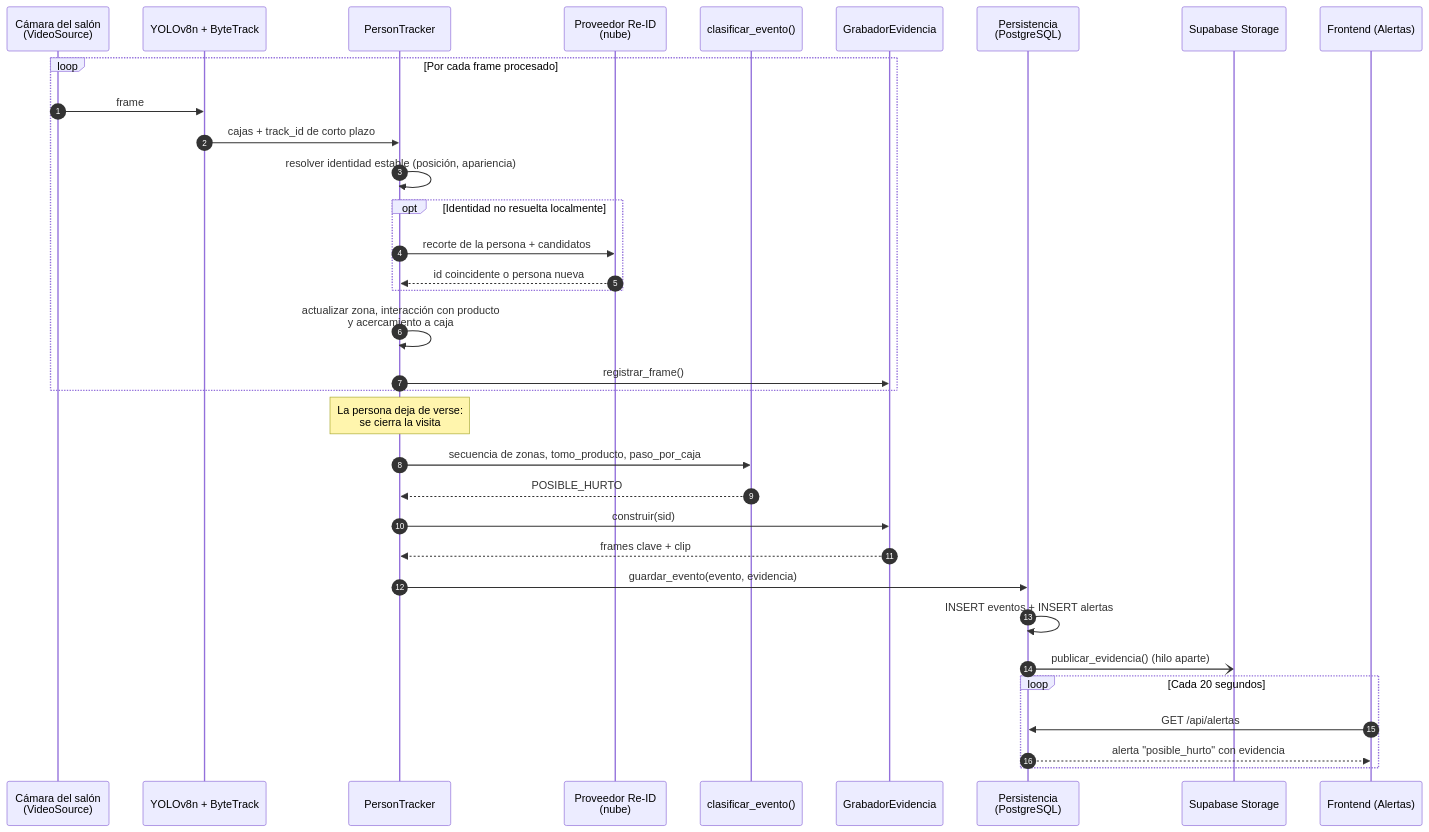
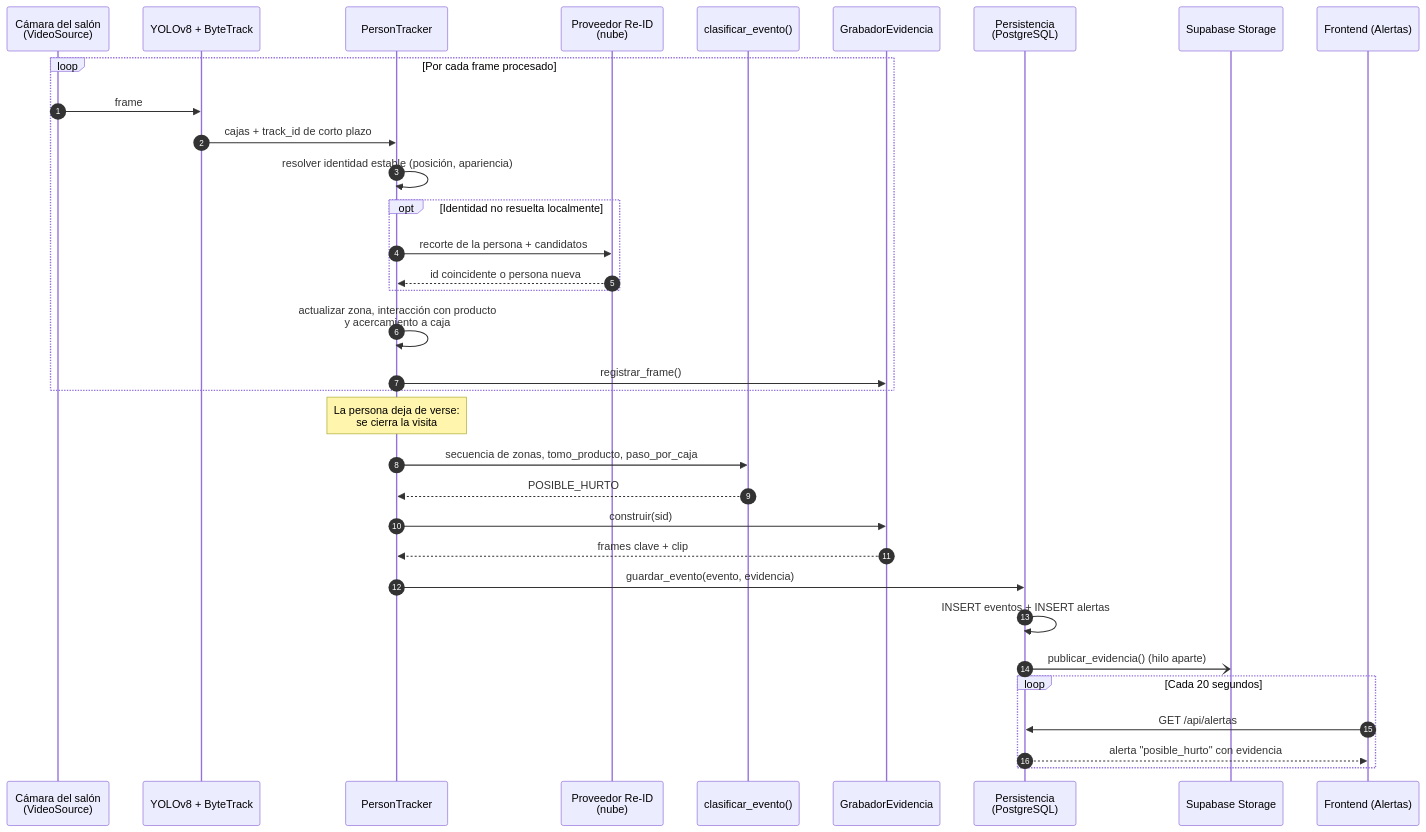
Before and after one commit to pauliiortizz/OptiFull: the diagram in informe_figuras/secuencia_hurto.mmd, drawn with Mermaid. The commit also changed 1 other file, not shown here.

Commit message:
Diagrama de secuencia de hurto: YOLOv8 sin fijar variante Nano
Claude-Session: https://claude.ai/code/session_01DNxFNePnLMcyaVhEmeXLMv

```diff
--- a/informe_figuras/secuencia_hurto.mmd
+++ b/informe_figuras/secuencia_hurto.mmd
@@ -1,37 +1,37 @@
 sequenceDiagram
     autonumber
     participant CAM as Cámara del salón<br/>(VideoSource)
-    participant YOLO as YOLOv8n + ByteTrack
+    participant YOLO as YOLOv8 + ByteTrack
     participant PT as PersonTracker
     participant RID as Proveedor Re-ID<br/>(nube)
     participant EV as clasificar_evento()
     participant GE as GrabadorEvidencia
     participant DB as Persistencia<br/>(PostgreSQL)
     participant ST as Supabase Storage
     participant UI as Frontend (Alertas)
 
     loop Por cada frame procesado
         CAM->>YOLO: frame
         YOLO->>PT: cajas + track_id de corto plazo
         PT->>PT: resolver identidad estable (posición, apariencia)
         opt Identidad no resuelta localmente
             PT->>RID: recorte de la persona + candidatos
             RID-->>PT: id coincidente o persona nueva
         end
         PT->>PT: actualizar zona, interacción con producto<br/>y acercamiento a caja
         PT->>GE: registrar_frame()
     end
 
     Note over PT: La persona deja de verse:<br/>se cierra la visita
     PT->>EV: secuencia de zonas, tomo_producto, paso_por_caja
     EV-->>PT: POSIBLE_HURTO
     PT->>GE: construir(sid)
     GE-->>PT: frames clave + clip
     PT->>DB: guardar_evento(evento, evidencia)
     DB->>DB: INSERT eventos + INSERT alertas
     DB-)ST: publicar_evidencia() (hilo aparte)
 
     loop Cada 20 segundos
         UI->>DB: GET /api/alertas
         DB-->>UI: alerta "posible_hurto" con evidencia
     end
```
